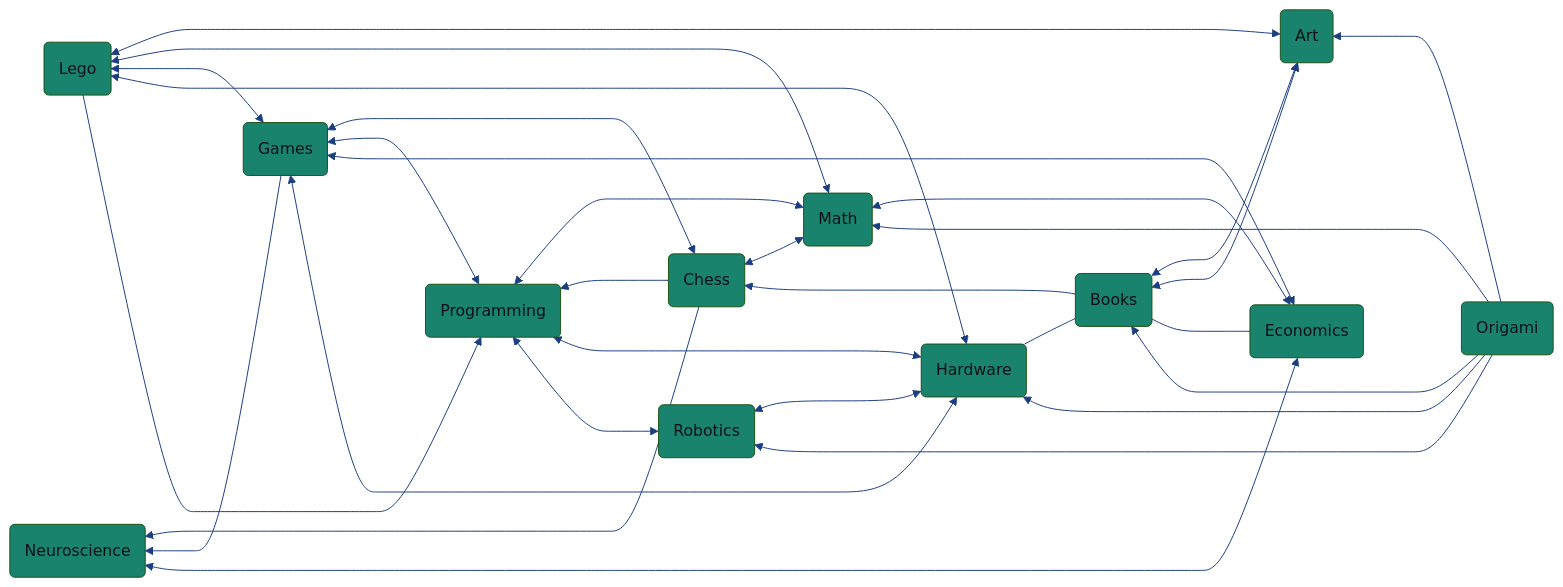
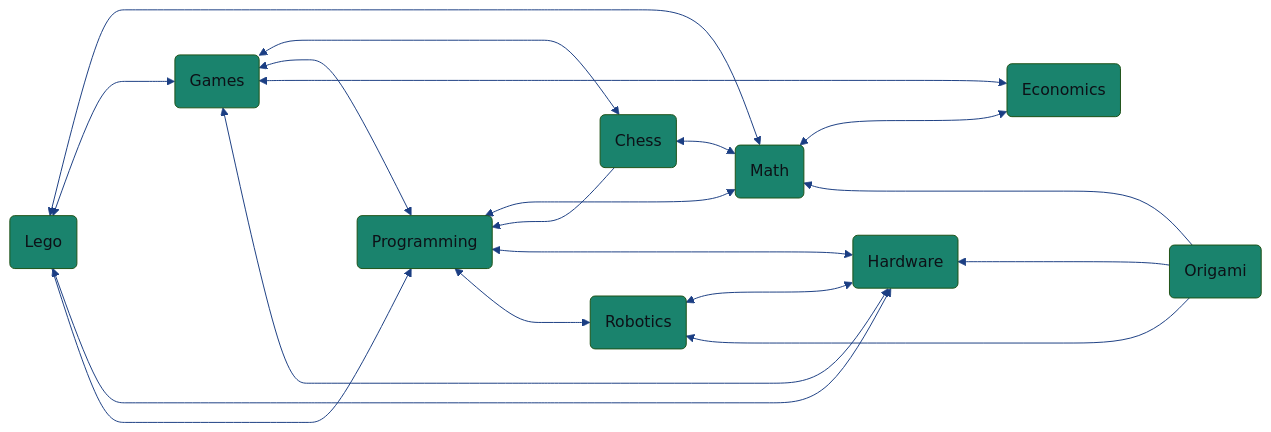
One commit to Rockroyal305/Rockroyal305 changed the diagram in README.md. Above: the diagram before and after it, drawn with Mermaid. The commit also changed other lines of this file, not shown here.

Commit message:
Update mermaid diagram in README.md

````diff
--- a/README.md
+++ b/README.md
@@ -1,39 +1,29 @@
 ```mermaid
 %%{
   init: {
     'theme': 'base',
     'themeVariables': {
       'primaryColor': '#1A836D',
       'primaryTextColor': '#0D1117',
       'primaryBorderColor': '#1D5116',
       'lineColor': '#1B3E83',
       'secondaryColor': '#093F42',
       'tertiaryColor': '#B0B0B0'
     }
   }
 }%%
   flowchart RL;
     M(Math) <--> C(Chess)
     M <---> P(Programming)
     C ---> P
     C & P <---> G(Games)
-    B(Books)
-    A(Art) <---> B
-    A <---> B
     E(Economics) <---> M & G
-    B ---> C
-    E <--- B
-    A & M & G <---> L(Lego)
+    M & G <---> L(Lego)
     L ---> P
     H(Hardware) <---> L & G
     H <---> P
-    B --- H
     R(Robotics) <---> P
-    H <---> R    
-    C ---> N(Neuroscience)
-    G ---> N
-    E <---> N
-    O(Origami) ---> A
-    O ---> R
-    O ---> M & B & H
+    H <---> R
+    O(Origami) ---> R
+    O ---> M & H
 ```
````
